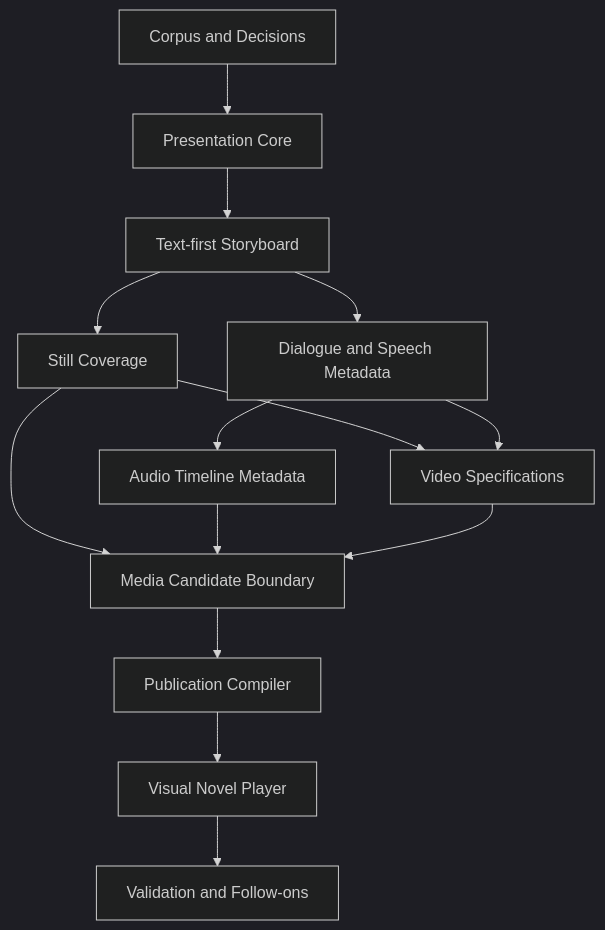
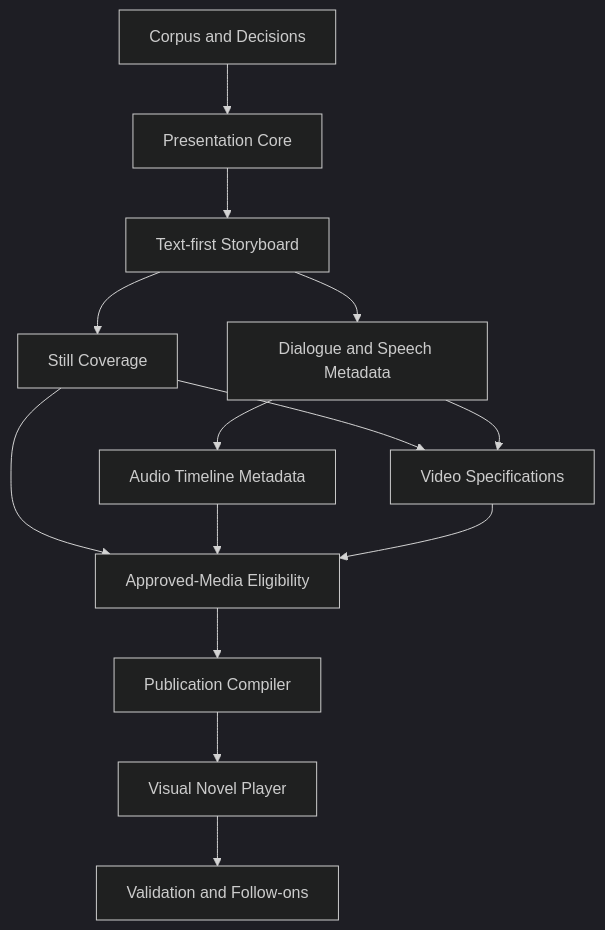
The diagram in specs/Planning/B-101-story-presentation-timeline/tasks.md (DaturaInoxia/DreamGenClone), drawn with Mermaid (dark theme) before and after one commit. The commit also changed other lines of this file and 20 other files, not shown here.

````diff
--- a/specs/Planning/B-101-story-presentation-timeline/tasks.md
+++ b/specs/Planning/B-101-story-presentation-timeline/tasks.md
@@ -135,16 +134,16 @@
 ```mermaid
 flowchart TD
     P0[Corpus and Decisions] --> P1[Presentation Core]
     P1 --> P2[Text-first Storyboard]
     P2 --> P3[Still Coverage]
     P2 --> P4[Dialogue and Speech Metadata]
     P4 --> P5[Audio Timeline Metadata]
     P3 --> P6[Video Specifications]
     P4 --> P6
-    P3 --> P7[Media Candidate Boundary]
+    P3 --> P7[Approved-Media Eligibility]
     P5 --> P7
     P6 --> P7
     P7 --> P8[Publication Compiler]
     P8 --> P9[Visual Novel Player]
     P9 --> P10[Validation and Follow-ons]
 ```
````
